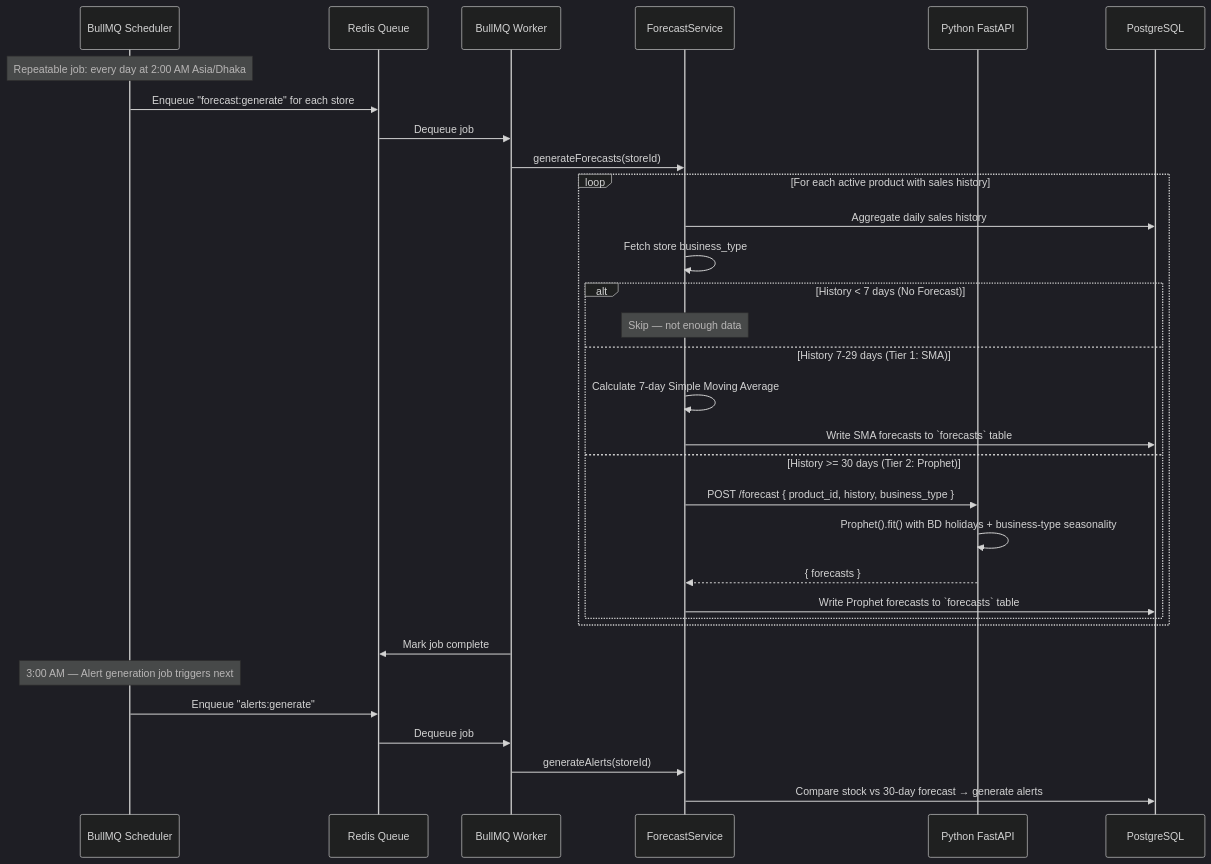
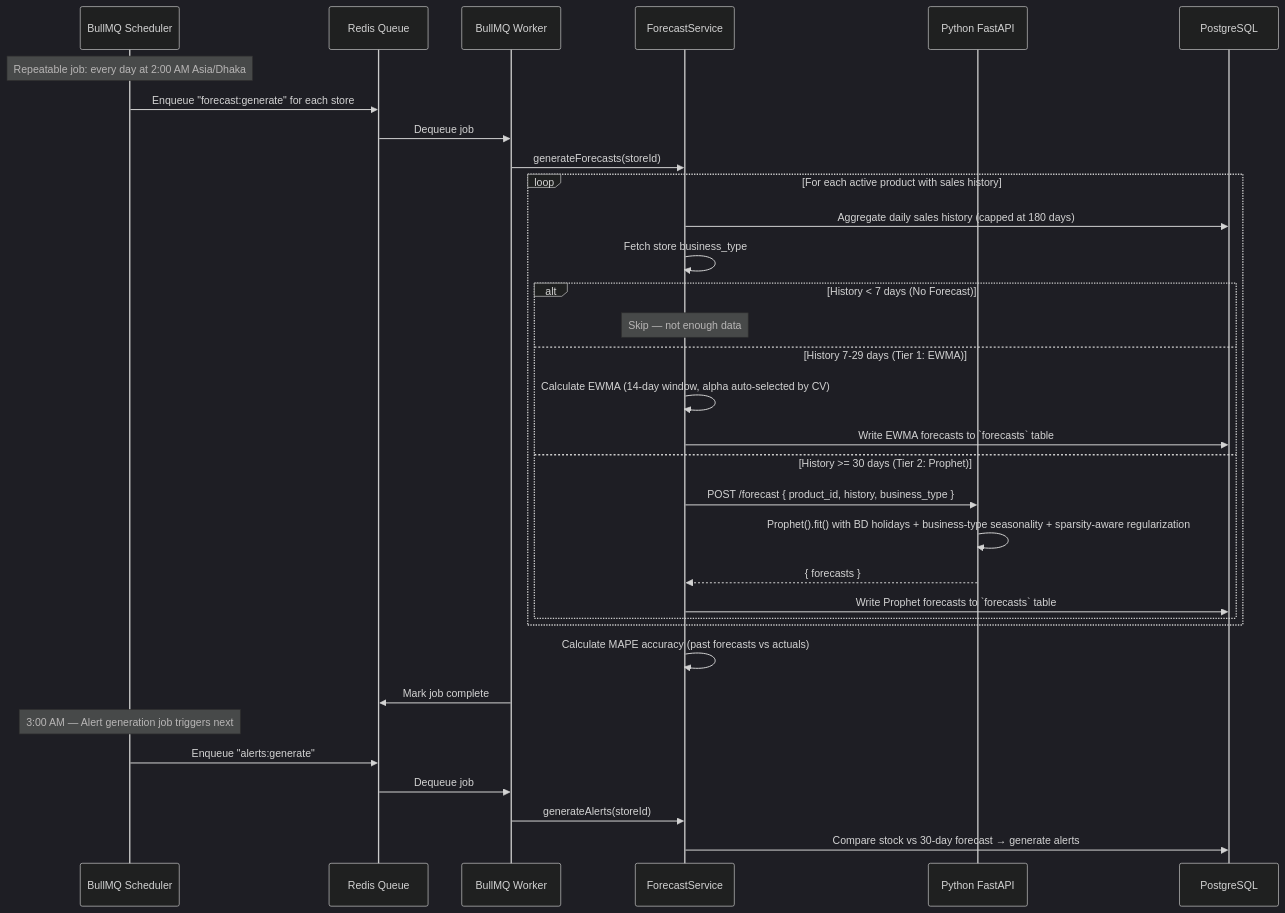
Before and after one commit to mr-sohel/SellWise: the ninth of 12 diagrams in implementation_plan.md, drawn with Mermaid (dark theme). The commit also changed other lines of this file and 65 other files, not shown here.

````diff
--- a/implementation_plan.md
+++ b/implementation_plan.md
@@ -909,41 +923,42 @@
 ```mermaid
 sequenceDiagram
     participant Scheduler as BullMQ Scheduler
     participant Queue as Redis Queue
     participant Worker as BullMQ Worker
     participant Service as ForecastService
     participant ML as Python FastAPI
     participant DB as PostgreSQL
 
     Note over Scheduler: Repeatable job: every day at 2:00 AM Asia/Dhaka
 
     Scheduler->>Queue: Enqueue "forecast:generate" for each store
     Queue->>Worker: Dequeue job
 
     Worker->>Service: generateForecasts(storeId)
 
     loop For each active product with sales history
-        Service->>DB: Aggregate daily sales history
+        Service->>DB: Aggregate daily sales history (capped at 180 days)
         Service->>Service: Fetch store business_type
 
         alt History < 7 days (No Forecast)
             Note over Service: Skip — not enough data
-        else History 7-29 days (Tier 1: SMA)
-            Service->>Service: Calculate 7-day Simple Moving Average
-            Service->>DB: Write SMA forecasts to `forecasts` table
+        else History 7-29 days (Tier 1: EWMA)
+            Service->>Service: Calculate EWMA (14-day window, alpha auto-selected by CV)
+            Service->>DB: Write EWMA forecasts to `forecasts` table
         else History >= 30 days (Tier 2: Prophet)
             Service->>ML: POST /forecast { product_id, history, business_type }
-            ML->>ML: Prophet().fit() with BD holidays + business-type seasonality
+            ML->>ML: Prophet().fit() with BD holidays + business-type seasonality + sparsity-aware regularization
             ML-->>Service: { forecasts }
             Service->>DB: Write Prophet forecasts to `forecasts` table
         end
     end
 
+    Service->>Service: Calculate MAPE accuracy (past forecasts vs actuals)
     Worker->>Queue: Mark job complete
 
     Note over Scheduler: 3:00 AM — Alert generation job triggers next
     Scheduler->>Queue: Enqueue "alerts:generate"
     Queue->>Worker: Dequeue job
     Worker->>Service: generateAlerts(storeId)
     Service->>DB: Compare stock vs 30-day forecast → generate alerts
 ```
````
